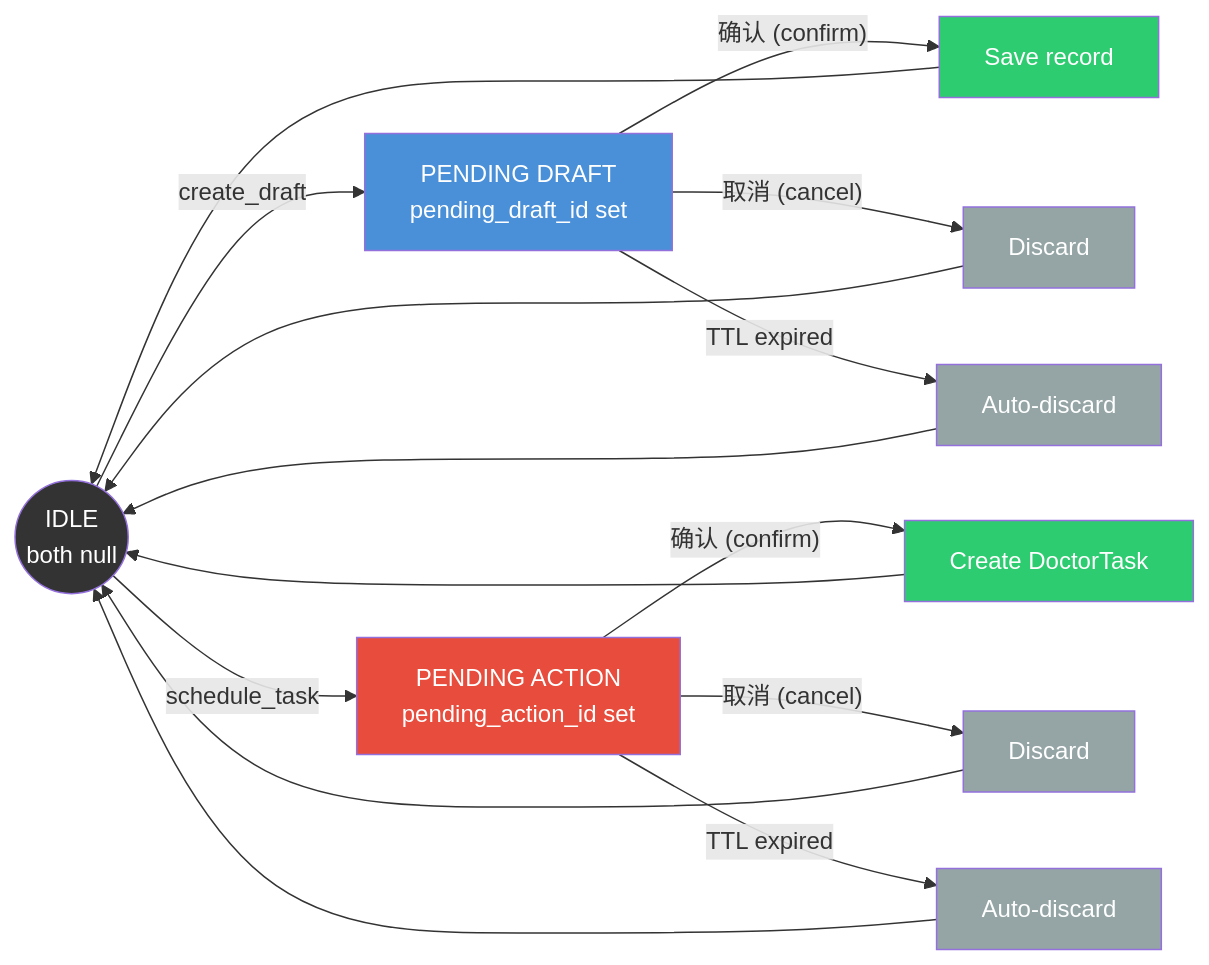
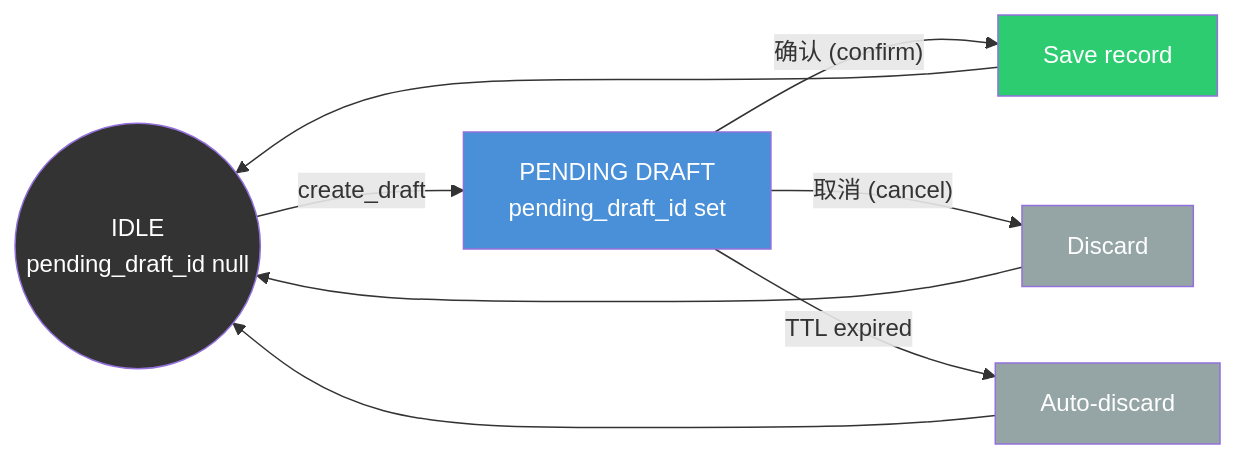
Before and after one commit to moments8890/doctor-ai-agent: the sixth of 7 diagrams in docs/adr/0012-architecture-diagram.md, drawn with Mermaid. The commit also changed other lines of this file and 2 other files, not shown here.

First line of the commit message:
docs: schedule_task commits immediately — drop pending action state machine

````diff
--- a/docs/adr/0012-architecture-diagram.md
+++ b/docs/adr/0012-architecture-diagram.md
@@ -194,25 +187,16 @@
 ```mermaid
 flowchart LR
-    idle(("IDLE<br/>both null"))
+    idle(("IDLE<br/>pending_draft_id null"))
 
     idle -->|create_draft| draft["PENDING DRAFT<br/>pending_draft_id set"]
-    idle -->|schedule_task| action["PENDING ACTION<br/>pending_action_id set"]
 
     draft -->|"确认 (confirm)"| save["Save record"] --> idle
-    draft -->|"取消 (cancel)"| discard1["Discard"] --> idle
-    draft -->|"TTL expired"| expire1["Auto-discard"] --> idle
-
-    action -->|"确认 (confirm)"| create["Create DoctorTask"] --> idle
-    action -->|"取消 (cancel)"| discard2["Discard"] --> idle
-    action -->|"TTL expired"| expire2["Auto-discard"] --> idle
+    draft -->|"取消 (cancel)"| discard["Discard"] --> idle
+    draft -->|"TTL expired"| expire["Auto-discard"] --> idle
 
     style idle fill:#333,color:#fff
     style draft fill:#4a90d9,color:#fff
-    style action fill:#e74c3c,color:#fff
     style save fill:#2ecc71,color:#fff
-    style create fill:#2ecc71,color:#fff
-    style discard1 fill:#95a5a6,color:#fff
-    style discard2 fill:#95a5a6,color:#fff
-    style expire1 fill:#95a5a6,color:#fff
-    style expire2 fill:#95a5a6,color:#fff
+    style discard fill:#95a5a6,color:#fff
+    style expire fill:#95a5a6,color:#fff
 ```
````
